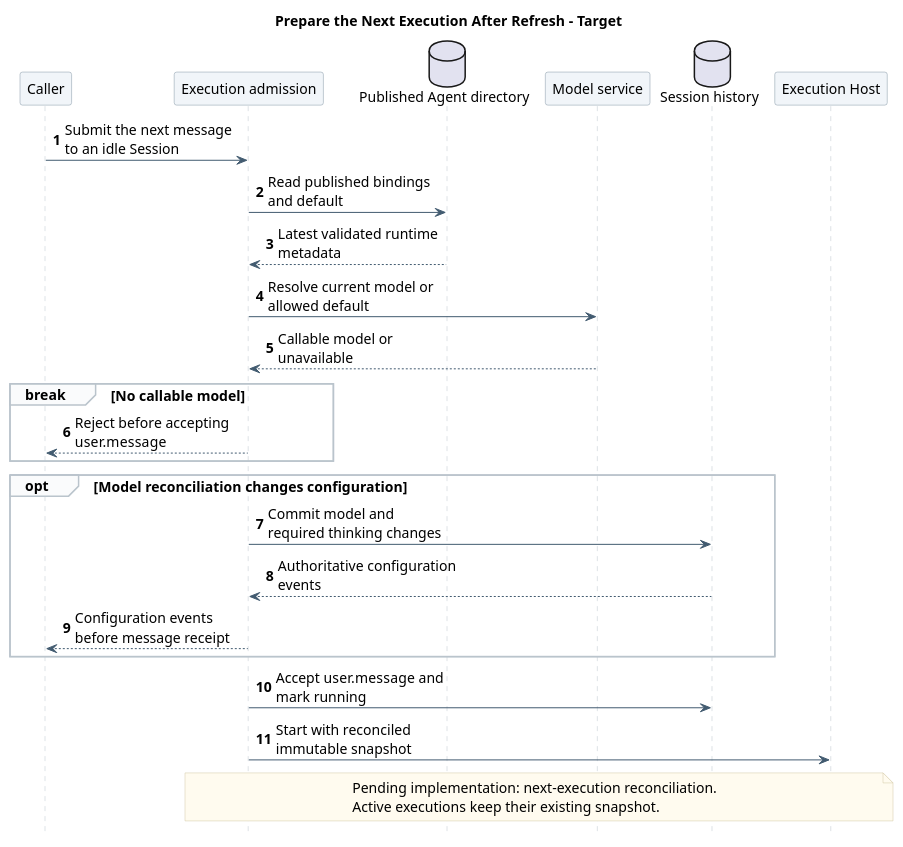
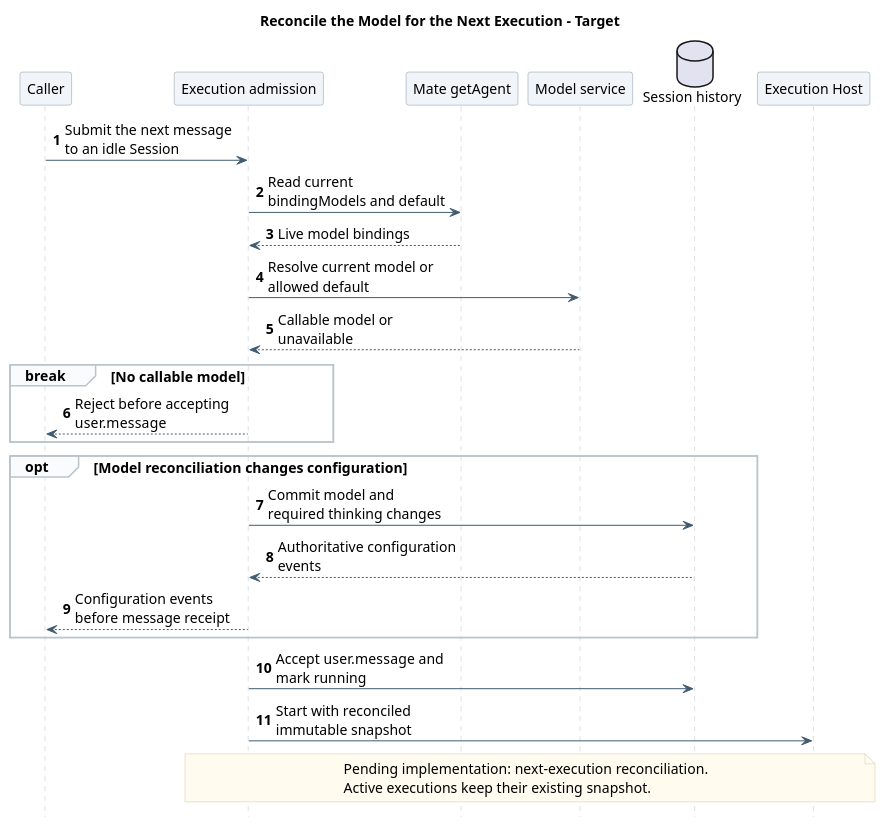
Diagram 13 of 13 in 01-总体架构/02-CampusClaw工具系统/diagram.puml (ssm0808/pi-mono-java-design), drawn with PlantUML before and after one commit. The commit also changed other lines of this file and 18 other files, not shown here.

First line of the commit message:
docs(runtime): 删除受管目录 refresh 描述

```diff
--- a/01-总体架构/02-CampusClaw工具系统/diagram.puml
+++ b/01-总体架构/02-CampusClaw工具系统/diagram.puml
@@ -733,50 +733,50 @@
-@startuml refresh_next_execution
-' Source evidence (CampusClaw PR 167 f60cc3e): AgentRuntimeManager refresh and Runtime Session store.
+@startuml model_reconcile_next_execution
+' Source evidence (CampusClaw PR 167 f60cc3e): RuntimeSessionModelReconciler and Runtime Session store.
 ' Pending implementation Java design: RuntimeSessionModelReconciler runs before accepting user.message.
-' Architecture change: refresh does not mutate an active execution snapshot.
+' Architecture change: bindings come from Mate getAgent per request; active snapshots are not mutated.
 ' Design reason: make directory publication atomic while preserving execution consistency.
 ' Presentation: one responsibility-level scenario; implementation details remain in the linked document.
 skinparam backgroundColor white
 skinparam defaultFontName SansSerif
 skinparam defaultFontSize 14
 skinparam shadowing false
 skinparam sequenceMessageAlign left
 skinparam maxMessageSize 180
 skinparam sequenceArrowColor #425B70
 skinparam sequenceLifeLineBorderColor #BAC4CC
 skinparam sequenceParticipantBackgroundColor #F1F5F9
 skinparam sequenceParticipantBorderColor #8496A4
 skinparam sequenceGroupBackgroundColor #FAFBFC
 skinparam sequenceGroupBorderColor #BAC4CC
 skinparam noteBackgroundColor #FFFBEF
 skinparam noteBorderColor #D2C6A5
 hide footbox
 autonumber
 
-title Prepare the Next Execution After Refresh - Target
+title Reconcile the Model for the Next Execution - Target
 participant Caller
 participant "Execution admission" as Admission
-database "Published Agent directory" as Directory
+participant "Mate getAgent" as Directory
 participant "Model service" as Models
 database "Session history" as Store
 participant "Execution Host" as Host
 Caller -> Admission : Submit the next message to an idle Session
-Admission -> Directory : Read published bindings and default
-Directory --> Admission : Latest validated runtime metadata
+Admission -> Directory : Read current bindingModels and default
+Directory --> Admission : Live model bindings
 Admission -> Models : Resolve current model or allowed default
 Models --> Admission : Callable model or unavailable
 break No callable model
   Admission --> Caller : Reject before accepting user.message
 end
 opt Model reconciliation changes configuration
   Admission -> Store : Commit model and required thinking changes
   Store --> Admission : Authoritative configuration events
   Admission --> Caller : Configuration events before message receipt
 end
 Admission -> Store : Accept user.message and mark running
 Admission -> Host : Start with reconciled immutable snapshot
 note over Admission,Host
   Pending implementation: next-execution reconciliation.
   Active executions keep their existing snapshot.
 end note
 @enduml
```
